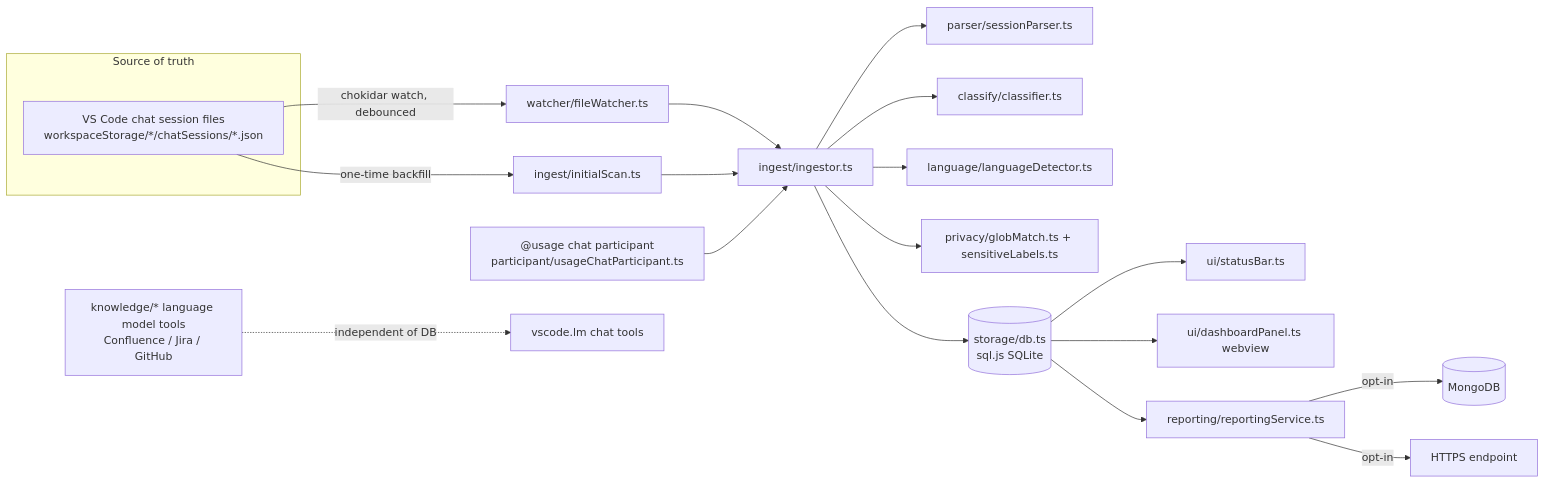
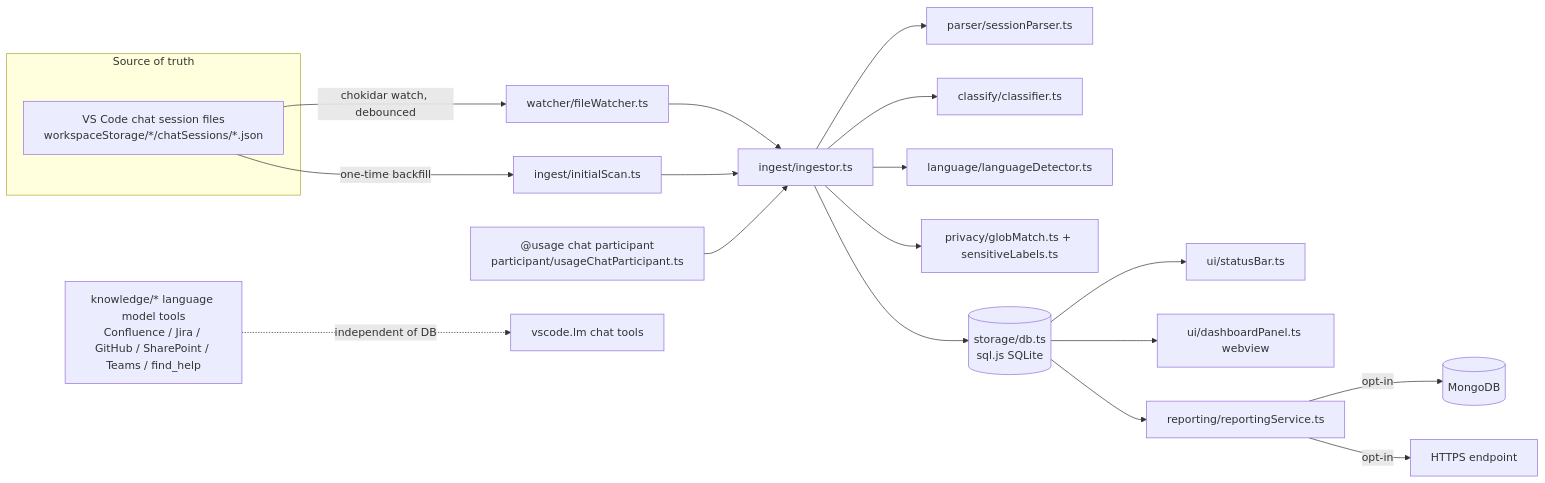
The diagram in TECHNICAL.md (VA24d/VS-Copilot-extension), drawn with Mermaid before and after one commit. The commit also changed other lines of this file and 11 other files, not shown here.

````diff
--- a/TECHNICAL.md
+++ b/TECHNICAL.md
@@ -37,22 +42,22 @@
 ```mermaid
 flowchart LR
     subgraph Source of truth
         CSF[VS Code chat session files<br/>workspaceStorage/*/chatSessions/*.json]
     end
     CSF -->|chokidar watch, debounced| FW[watcher/fileWatcher.ts]
     FW --> ING[ingest/ingestor.ts]
     CSF -->|one-time backfill| SCAN[ingest/initialScan.ts]
     SCAN --> ING
     PART["@usage chat participant<br/>participant/usageChatParticipant.ts"] --> ING
     ING --> PARSE[parser/sessionParser.ts]
     ING --> CLASS[classify/classifier.ts]
     ING --> LANG[language/languageDetector.ts]
     ING --> PRIV[privacy/globMatch.ts + sensitiveLabels.ts]
     ING --> DB[(storage/db.ts<br/>sql.js SQLite)]
     DB --> SB[ui/statusBar.ts]
     DB --> DASH[ui/dashboardPanel.ts webview]
     DB --> REPORT[reporting/reportingService.ts]
     REPORT -->|opt-in| MONGO[(MongoDB)]
     REPORT -->|opt-in| HTTP[HTTPS endpoint]
-    KNOW["knowledge/* language model tools<br/>Confluence / Jira / GitHub"] -.->|independent of DB| VSLM[vscode.lm chat tools]
+    KNOW["knowledge/* language model tools<br/>Confluence / Jira / GitHub / SharePoint / Teams / find_help"] -.->|independent of DB| VSLM[vscode.lm chat tools]
 ```
````
